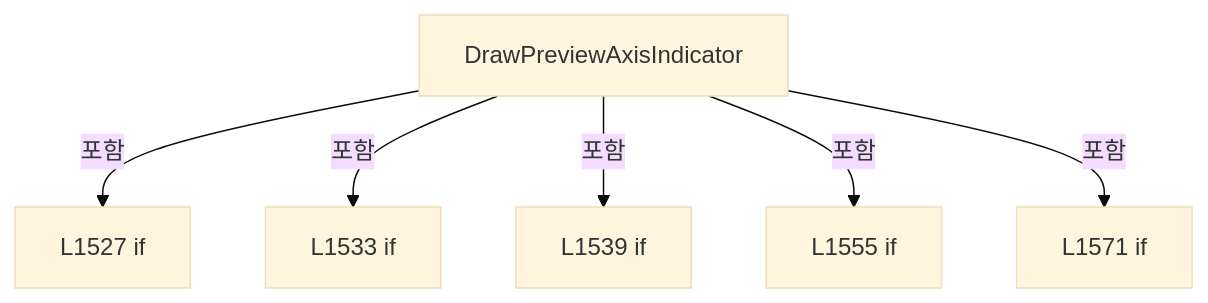
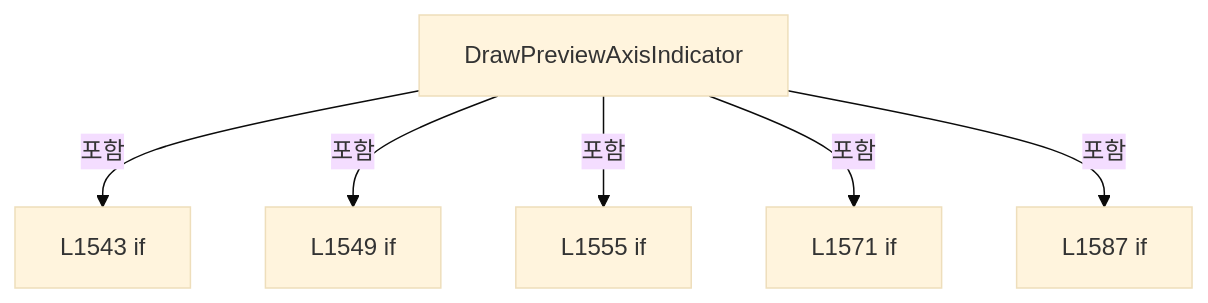
One commit to kjuws10-rgb/Shared changed diagram 17 of 22 in A3 LD Code Ref/files/Drilling.UI/Menu/Menus/CReviewGlassPreviewBuilder.cs.md. Above: the diagram before and after it, drawn with Mermaid (base theme). The commit also changed other lines of this file and 2071 other files, not shown here.

Commit message:
docs(a3): update 11.19.0 architecture and code reference

````diff
--- a/A3 LD Code Ref/files/Drilling.UI/Menu/Menus/CReviewGlassPreviewBuilder.cs.md
+++ b/A3 LD Code Ref/files/Drilling.UI/Menu/Menus/CReviewGlassPreviewBuilder.cs.md
@@ -2794,14 +2811,14 @@
 ```mermaid
 flowchart TD
  M["DrawPreviewAxisIndicator"]
- N0["L1527 if"]
+ N0["L1543 if"]
  M -->|포함| N0
- N1["L1533 if"]
+ N1["L1549 if"]
  M -->|포함| N1
- N2["L1539 if"]
+ N2["L1555 if"]
  M -->|포함| N2
- N3["L1555 if"]
+ N3["L1571 if"]
  M -->|포함| N3
- N4["L1571 if"]
+ N4["L1587 if"]
  M -->|포함| N4
 ```
````
